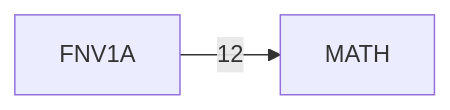
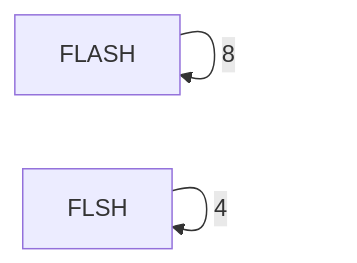
One commit to 95westus/R-YORS changed the seventh of 7 diagrams in DOC/GENERATED/ROUTINE_CLASS_DIAGRAM.md. Above: the diagram before and after it, drawn with Mermaid. The commit also changed other lines of this file and 65 other files, not shown here.

````diff
--- a/DOC/GENERATED/ROUTINE_CLASS_DIAGRAM.md
+++ b/DOC/GENERATED/ROUTINE_CLASS_DIAGRAM.md
@@ -89,4 +94,5 @@
 ```mermaid
 flowchart LR
-    P_FNV1A[FNV1A] -->|12| P_MATH[MATH]
+    P_FLASH[FLASH] -->|8| P_FLASH[FLASH]
+    P_FLSH[FLSH] -->|4| P_FLSH[FLSH]
 ```
````
